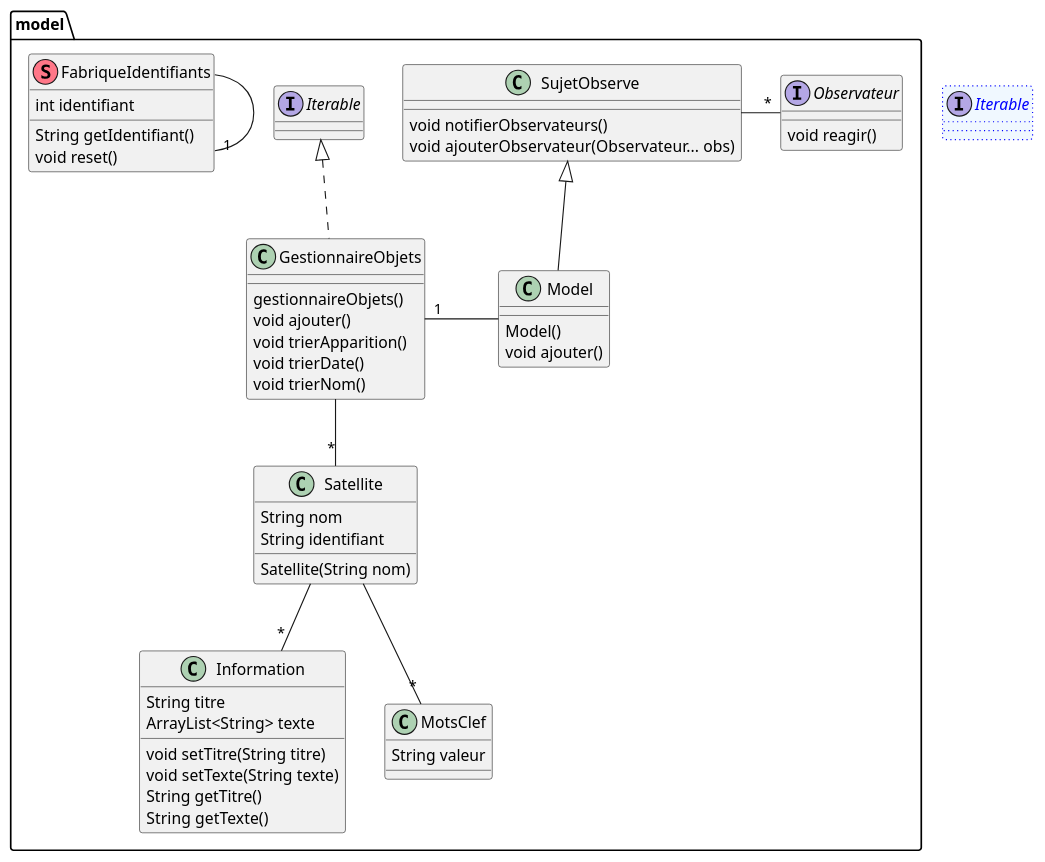
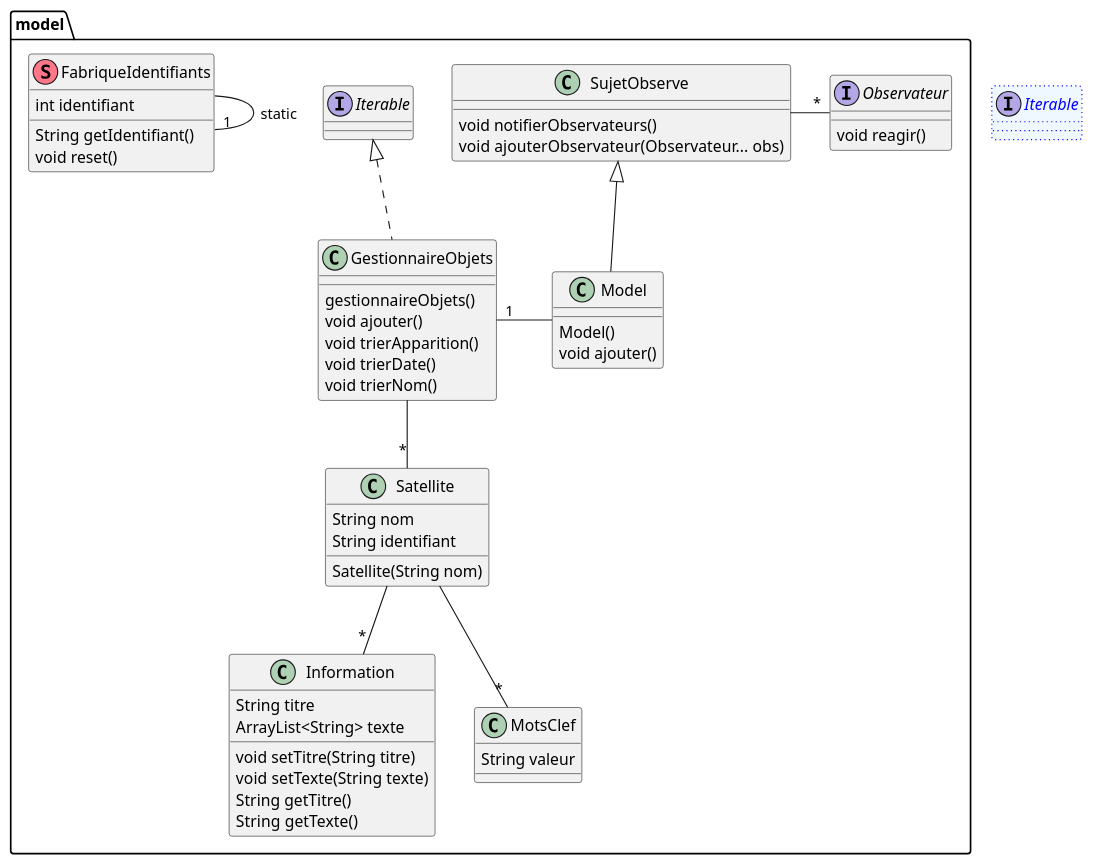
The diagram in documentation/diagramme/DiagrammeModel.puml (BapDiedler/collectionSatellite), drawn with PlantUML before and after one commit. The commit also changed 1 other file, not shown here.

Commit message:
finalisation de diagramme

```diff
--- a/documentation/diagramme/DiagrammeModel.puml
+++ b/documentation/diagramme/DiagrammeModel.puml
@@ -1,66 +1,66 @@
 @startuml
 'https://plantuml.com/class-diagram
 
 interface Iterable #aliceblue;line:blue;line.dotted;text:blue
 
 
 package model{
 
     class Model extends SujetObserve{
         Model()
         void ajouter()
     }
 
     class GestionnaireObjets implements Iterable{
         gestionnaireObjets()
         void ajouter()
         void trierApparition()
         void trierDate()
         void trierNom()
     }
 
     class Satellite{
         String nom
         String identifiant
         Satellite(String nom)
     }
 
     class SujetObserve{
         void notifierObservateurs()
         void ajouterObservateur(Observateur... obs)
     }
 
     interface Observateur{
         void reagir()
     }
 
     class FabriqueIdentifiants<<(S,#FF7788)>>{
        int identifiant
        String getIdentifiant()
        void reset()
     }
 
     class Information {
         String titre
         ArrayList<String> texte
         void setTitre(String titre)
         void setTexte(String texte)
         String getTitre()
         String getTexte()
     }
 
     class MotsClef {
         String valeur
     }
 
 }
 
-FabriqueIdentifiants --"1" FabriqueIdentifiants
+FabriqueIdentifiants --"1" FabriqueIdentifiants : static
 SujetObserve -right-"*" Observateur
 Model -left-"1" GestionnaireObjets
 GestionnaireObjets --"*" Satellite
 Satellite --"*" Information
 Satellite --"*" MotsClef
 
 
 @enduml
```
